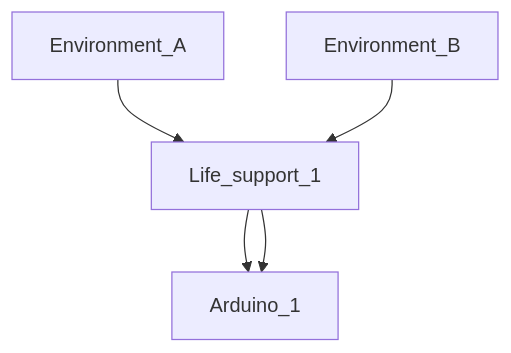
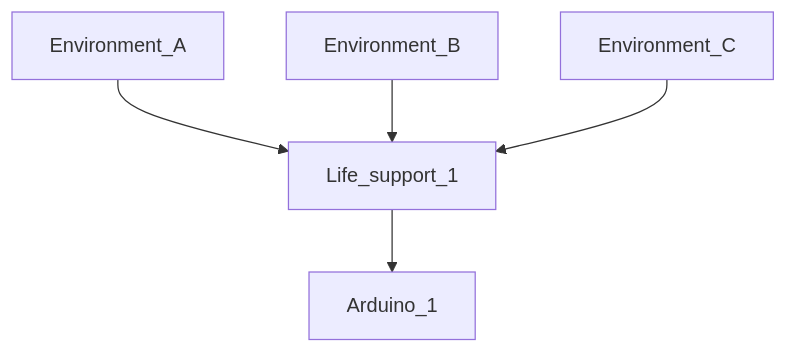
The second of 2 diagrams in README.md (StevenAndrewsII/Fung_OS), drawn with Mermaid before and after one commit.

````diff
--- a/README.md
+++ b/README.md
@@ -78,6 +78,7 @@
 ```mermaid
 graph TD;
     Environment_A-->Life_support_1-->Arduino_1;
-    Environment_B-->Life_support_1-->Arduino_1;
+    Environment_B-->Life_support_1;
+    Environment_C-->Life_support_1;
   
 ```
````
